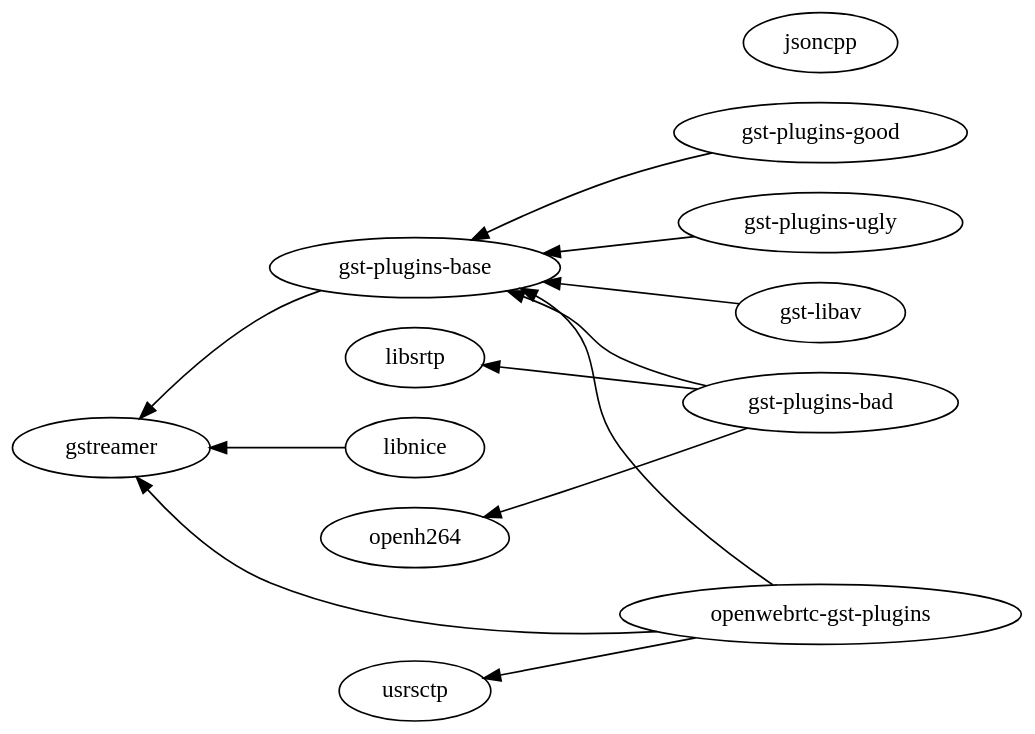
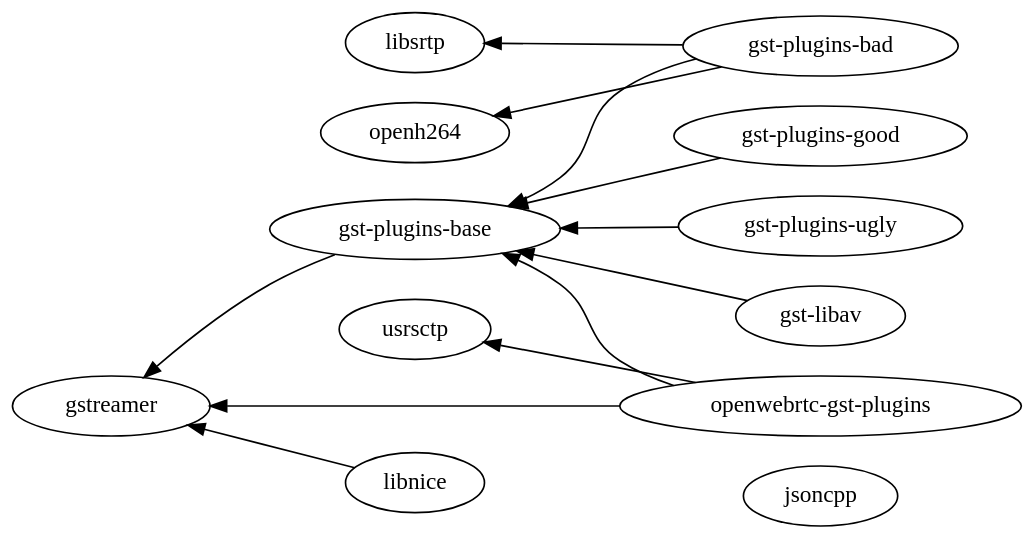
The diagram in source/images/graphs/dependencies-externals.dot (Kurento/doc-kurento-readthedocs), drawn with Graphviz before and after one commit. The commit also changed other lines of this file and 535 other files, not shown here.

```diff
--- a/source/images/graphs/dependencies-externals.dot
+++ b/source/images/graphs/dependencies-externals.dot
@@ -1,22 +1,22 @@
 digraph dependencies_externals {
   bgcolor = "transparent";
   fontname = "Bitstream Vera Sans";
   fontsize = 8;
   size = "12,8";
 
   rankdir = "RL";
 
   // Kurento external libraries
-  "gstreamer";
+  "jsoncpp";
   "libsrtp";
   "openh264";
   "usrsctp";
-  "jsoncpp";
+  "gstreamer";
   "gst-plugins-base" -> "gstreamer";
   "gst-plugins-good" -> "gst-plugins-base";
+  "gst-plugins-bad" -> {"gst-plugins-base" "libsrtp" "openh264"};
   "gst-plugins-ugly" -> "gst-plugins-base";
-  "gst-plugins-bad" -> {"gst-plugins-base" "libsrtp" "openh264"};
   "gst-libav" -> "gst-plugins-base";
   "openwebrtc-gst-plugins" -> {"gstreamer" "gst-plugins-base" "usrsctp"};
   "libnice" -> "gstreamer";
 }
```
